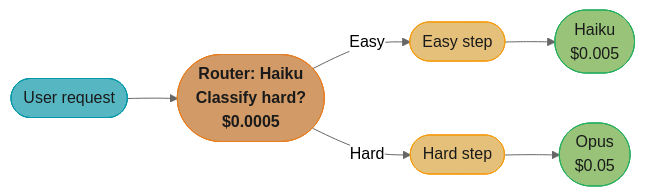
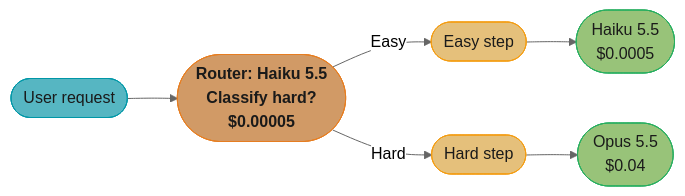
The second of 3 diagrams in src/main/java/com/rutik/systemdesign/llm/agents_and_tool_use/agent_cost_and_token_budget.md (rppol/system-design), drawn with Mermaid (neutral theme) before and after one commit. The commit also changed other lines of this file and 655 other files, not shown here.

````diff
--- a/src/main/java/com/rutik/systemdesign/llm/agents_and_tool_use/agent_cost_and_token_budget.md
+++ b/src/main/java/com/rutik/systemdesign/llm/agents_and_tool_use/agent_cost_and_token_budget.md
@@ -171,21 +172,21 @@
 ```mermaid
 flowchart LR
     classDef io      fill:#61afef,stroke:#2e86c1,color:#1a1a1a,font-weight:bold
     classDef frozen  fill:#c678dd,stroke:#9b59b6,color:#fff
     classDef train   fill:#98c379,stroke:#27ae60,color:#1a1a1a
     classDef mathOp  fill:#d19a66,stroke:#e67e22,color:#1a1a1a,font-weight:bold
     classDef lossN   fill:#e06c75,stroke:#c0392b,color:#fff,font-weight:bold
     classDef req     fill:#56b6c2,stroke:#0097a7,color:#1a1a1a
     classDef base    fill:#e5c07b,stroke:#f39c12,color:#1a1a1a
 
-    request(["User request"]) --> router(["Router: Haiku<br/>Classify hard?<br/>$0.0005"])
+    request(["User request"]) --> router(["Router: Haiku 5.5<br/>Classify hard?<br/>$0.00005"])
     router -->|Easy| easy(["Easy step"])
     router -->|Hard| hard(["Hard step"])
-    easy --> haiku(["Haiku<br/>$0.005"])
-    hard --> opus(["Opus<br/>$0.05"])
+    easy --> haiku(["Haiku 5.5<br/>$0.0005"])
+    hard --> opus(["Opus 5.5<br/>$0.04"])
 
     class request req
     class router mathOp
     class easy,hard base
     class haiku,opus train
 ```
````
